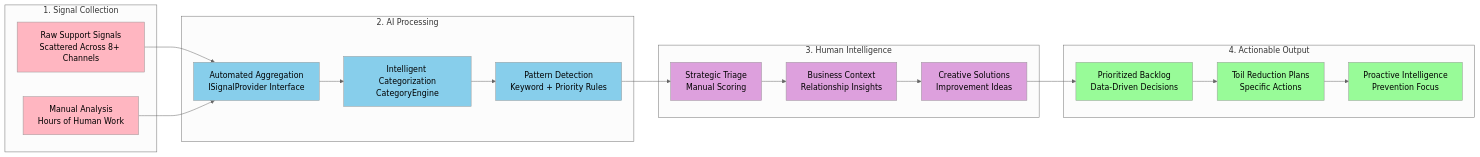
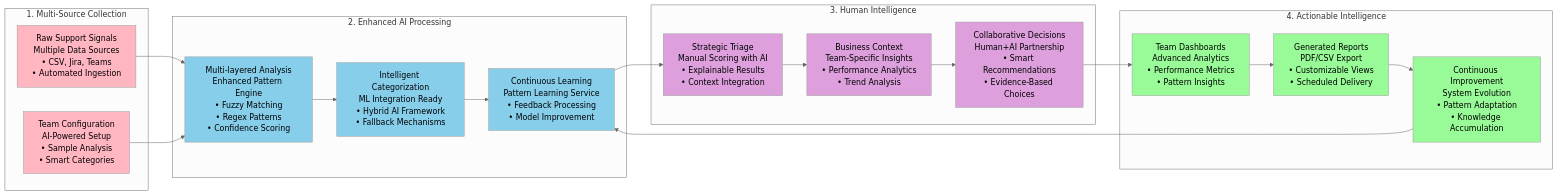
Before and after one commit to BLeberSmeaton/siren: the third of 7 diagrams in Documentation/DIAGRAMS.md, drawn with Mermaid (neutral theme). The commit also changed other lines of this file and 3 other files, not shown here.

````diff
--- a/Documentation/DIAGRAMS.md
+++ b/Documentation/DIAGRAMS.md
@@ -69,48 +165,49 @@
 ```mermaid
 flowchart LR
-    subgraph "1. Signal Collection"
-        A1[Raw Support Signals<br/>Scattered Across 8+ Channels]
-        A2[Manual Analysis<br/>Hours of Human Work]
+    subgraph "1. Multi-Source Collection"
+        A1[Raw Support Signals<br/>Multiple Data Sources<br/>• CSV, Jira, Teams<br/>• Automated Ingestion]
+        A2[Team Configuration<br/>AI-Powered Setup<br/>• Sample Analysis<br/>• Smart Categories]
     end
     
-    subgraph "2. AI Processing"
-        B1[Automated Aggregation<br/>ISignalProvider Interface]
-        B2[Intelligent Categorization<br/>CategoryEngine]
-        B3[Pattern Detection<br/>Keyword + Priority Rules]
+    subgraph "2. Enhanced AI Processing"
+        B1[Multi-layered Analysis<br/>Enhanced Pattern Engine<br/>• Fuzzy Matching<br/>• Regex Patterns<br/>• Confidence Scoring]
+        B2[Intelligent Categorization<br/>ML Integration Ready<br/>• Hybrid AI Framework<br/>• Fallback Mechanisms]
+        B3[Continuous Learning<br/>Pattern Learning Service<br/>• Feedback Processing<br/>• Model Improvement]
     end
     
     subgraph "3. Human Intelligence"
-        C1[Strategic Triage<br/>Manual Scoring]
-        C2[Business Context<br/>Relationship Insights]
-        C3[Creative Solutions<br/>Improvement Ideas]
+        C1[Strategic Triage<br/>Manual Scoring with AI<br/>• Explainable Results<br/>• Context Integration]
+        C2[Business Context<br/>Team-Specific Insights<br/>• Performance Analytics<br/>• Trend Analysis]
+        C3[Collaborative Decisions<br/>Human+AI Partnership<br/>• Smart Recommendations<br/>• Evidence-Based Choices]
     end
     
-    subgraph "4. Actionable Output"
-        D1[Prioritized Backlog<br/>Data-Driven Decisions]
-        D2[Toil Reduction Plans<br/>Specific Actions]
-        D3[Proactive Intelligence<br/>Prevention Focus]
+    subgraph "4. Actionable Intelligence"
+        D1[Team Dashboards<br/>Advanced Analytics<br/>• Performance Metrics<br/>• Pattern Insights]
+        D2[Generated Reports<br/>PDF/CSV Export<br/>• Customizable Views<br/>• Scheduled Delivery]
+        D3[Continuous Improvement<br/>System Evolution<br/>• Pattern Adaptation<br/>• Knowledge Accumulation]
     end
     
     A1 --> B1
     A2 --> B1
     B1 --> B2
     B2 --> B3
     B3 --> C1
     C1 --> C2
     C2 --> C3
     C3 --> D1
     D1 --> D2
     D2 --> D3
+    D3 --> B3
     
     style A1 fill:#FFB6C1
     style A2 fill:#FFB6C1
     style B1 fill:#87CEEB
     style B2 fill:#87CEEB
     style B3 fill:#87CEEB
     style C1 fill:#DDA0DD
     style C2 fill:#DDA0DD
     style C3 fill:#DDA0DD
     style D1 fill:#98FB98
     style D2 fill:#98FB98
     style D3 fill:#98FB98
 ```
````
